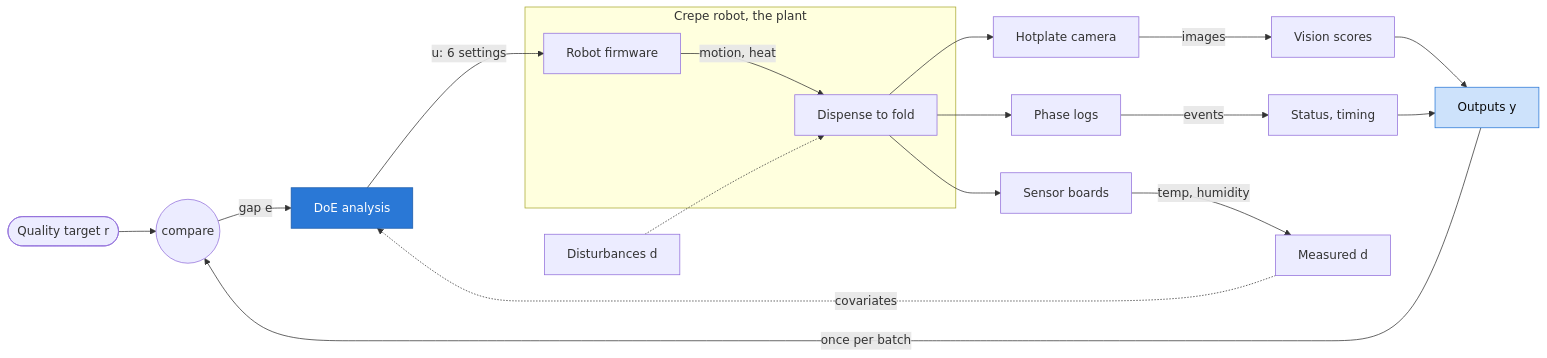
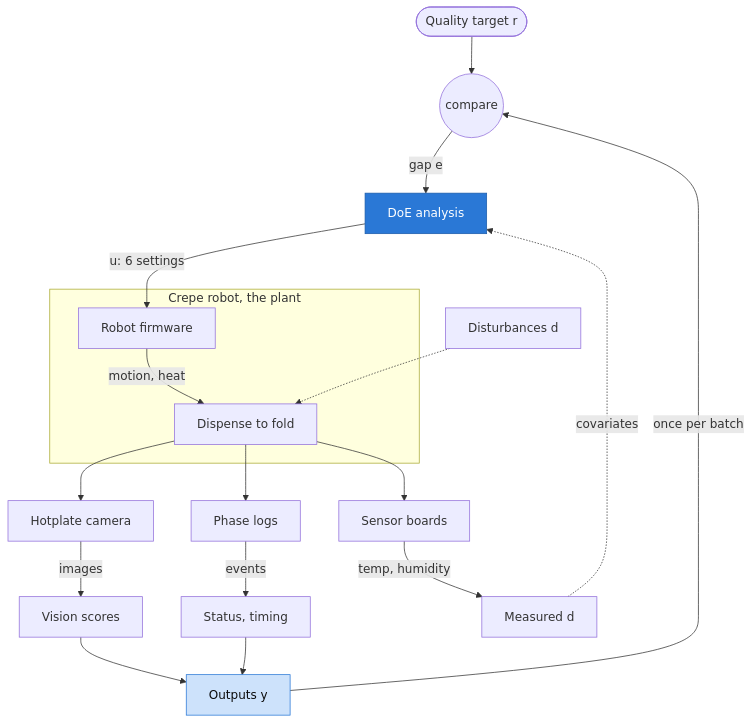
One commit to leonardoAB1/maus-crepe-insights changed the second of 3 diagrams in documentation/doe.md. Above: the diagram before and after it, drawn with Mermaid. The commit also changed other lines of this file and 3 other files, not shown here.

Commit message:
docs: simplify the doe control loop diagram in the readme

````diff
--- a/documentation/doe.md
+++ b/documentation/doe.md
@@ -29,23 +43,23 @@
 ```mermaid
-flowchart LR
+flowchart TB
     r([Quality target r]) --> cmp((compare))
     cmp -->|gap e| ctrl[DoE analysis]
     ctrl -->|u: 6 settings| fw
     subgraph plant [Crepe robot, the plant]
         fw[Robot firmware] -->|motion, heat| proc[Dispense to fold]
     end
     d[Disturbances d] -.-> proc
     proc --> cam[Hotplate camera]
     proc --> logs[Phase logs]
     proc --> env[Sensor boards]
     cam -->|images| vis[Vision scores]
     logs -->|events| stat[Status, timing]
     env -->|temp, humidity| dm[Measured d]
     vis --> y[Outputs y]
     stat --> y
     y -->|once per batch| cmp
     dm -.->|covariates| ctrl
 
     style ctrl fill:#2a78d6,stroke:#1c5cab,color:#ffffff
     style y fill:#cde2fb,stroke:#2a78d6,color:#0b0b0b
 ```
````
